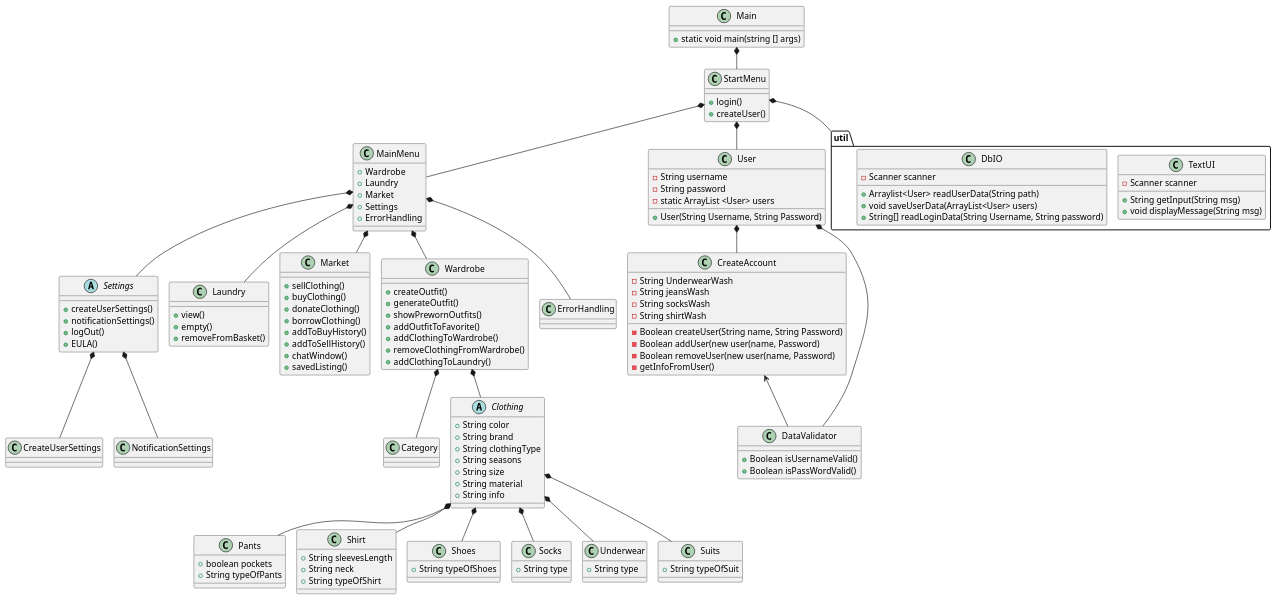
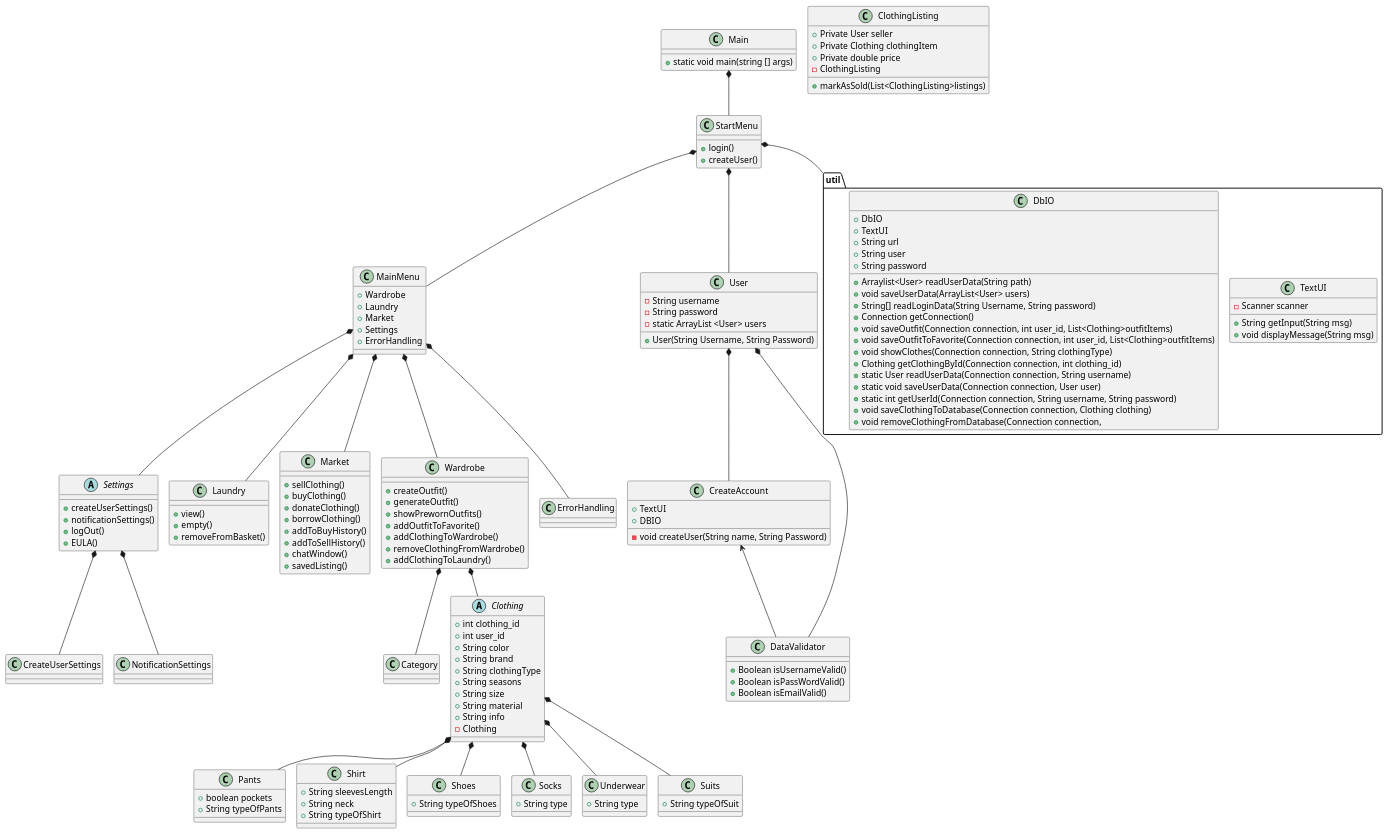
Before and after one commit to PatrickPlease/ICE-Please: the diagram in doc/static/ClassDiagram1.puml, drawn with PlantUML. The commit also changed 1 other file, not shown here.

```diff
--- a/doc/static/ClassDiagram1.puml
+++ b/doc/static/ClassDiagram1.puml
@@ -1,156 +1,175 @@
 @startuml
 'Domænemodellen giver nye entity klasser
 'Pakker, model og util
 !pragma layout smetana
 
 class Main
 class StartMenu
 class MainMenu
 
 class CreateAccount
 class User
 class DataValidator
 
 Abstract Settings
 
 class Laundry
 class Market
 class Wardrobe
 class ErrorHandling
 class Category
 
 class CreateUserSettings
 class NotificationSettings
 
 Abstract Clothing
 class Pants
 class Shirt
 class Shoes
 class Socks
 class Underwear
 class Suits
 
 package "util"{
        class TextUI
        class DbIO
        }
 Main *-- StartMenu
 StartMenu *-- MainMenu
 MainMenu *-- Settings
 MainMenu *-- Laundry
 MainMenu *-- Market
 MainMenu *-- Wardrobe
 MainMenu *-- ErrorHandling
 Wardrobe *-- Category
 
 User *-- DataValidator
 CreateAccount <-- DataValidator
 User *-- CreateAccount
 Settings *-- CreateUserSettings
 Settings *-- NotificationSettings
 Wardrobe *-- Clothing
 Clothing *-- Shoes
 Clothing *-- Shirt
 Clothing *-- Pants
 Clothing *-- Socks
 Clothing *-- Underwear
 Clothing *-- Suits
 
 StartMenu *-- util
 StartMenu *-- User
 
 StartMenu : + login()
 StartMenu : + createUser()
 
 MainMenu : + Wardrobe
 MainMenu : + Laundry
 MainMenu : + Market
 MainMenu : + Settings
 MainMenu : + ErrorHandling
 
+Clothing : + int clothing_id
+Clothing : + int user_id
 Clothing : + String color
 Clothing : + String brand
 Clothing : + String clothingType
 Clothing : + String seasons
 Clothing : + String size
 Clothing : + String material
 Clothing : + String info
+Clothing : - Clothing
+
+ClothingListing : + Private User seller
+ClothingListing : + Private Clothing clothingItem
+ClothingListing : + Private double price
+ClothingListing : - ClothingListing
+ClothingListing : + markAsSold(List<ClothingListing>listings)
 
 Shoes : + String typeOfShoes
 
 Shirt : + String sleevesLength
 Shirt : + String neck
 Shirt : + String typeOfShirt
 
 Suits : + String typeOfSuit
 
 Pants : + boolean pockets
 Pants : + String typeOfPants
 
 Socks : + String type
 
 Underwear : + String type
 
 Market : + sellClothing()
 Market : + buyClothing()
 Market : + donateClothing()
 Market : + borrowClothing()
 Market : + addToBuyHistory()
 Market : + addToSellHistory()
 Market : + chatWindow()
 Market : + savedListing()
 
 Wardrobe : + createOutfit()
 Wardrobe : + generateOutfit()
 Wardrobe : + showPrewornOutfits()
 Wardrobe : + addOutfitToFavorite()
 Wardrobe : + addClothingToWardrobe()
 Wardrobe : + removeClothingFromWardrobe()
 Wardrobe : + addClothingToLaundry()
 
 Settings : + createUserSettings()
 Settings : + notificationSettings()
 Settings : + logOut()
 Settings : + EULA()
 
 Laundry : + view()
 Laundry : + empty()
 Laundry : + removeFromBasket()
 
 
 Main : + static void main(string [] args)
 
 User : - String username
 User : - String password
 User : - static ArrayList <User> users
 
 
 User : + User(String Username, String Password)
 
 
 DataValidator : + Boolean isUsernameValid()
 DataValidator : + Boolean isPassWordValid()
+DataValidator : + Boolean isEmailValid()
 '-----------
 
-CreateAccount : - Boolean createUser(String name, String Password)
-CreateAccount : - Boolean addUser(new user(name, Password)
-CreateAccount : - Boolean removeUser(new user(name, Password)
-CreateAccount : - String UnderwearWash
-CreateAccount : - String jeansWash
-CreateAccount : - String socksWash
-CreateAccount : - String shirtWash
-CreateAccount : - getInfoFromUser()
-DbIO : - Scanner scanner
+CreateAccount : + TextUI
+CreateAccount : + DBIO
+CreateAccount : - void createUser(String name, String Password)
+
 
 '---_new-----
+DbIO : + DbIO
+DbIO : + TextUI
+DbIO : + String url
+DbIO : + String user
+DbIO : + String password
 DbIO : + Arraylist<User> readUserData(String path)
 DbIO : + void saveUserData(ArrayList<User> users)
 DbIO : + String[] readLoginData(String Username, String password)
-
+DbIO : + Connection getConnection()
+DbIO : + void saveOutfit(Connection connection, int user_id, List<Clothing>outfitItems)
+DbIO : + void saveOutfitToFavorite(Connection connection, int user_id, List<Clothing>outfitItems)
+DbIO : + void showClothes(Connection connection, String clothingType)
+DbIO : + Clothing getClothingById(Connection connection, int clothing_id)
+DbIO : + static User readUserData(Connection connection, String username)
+DbIO : + static void saveUserData(Connection connection, User user)
+DbIO : + static int getUserId(Connection connection, String username, String password)
+DbIO : + void saveClothingToDatabase(Connection connection, Clothing clothing)
+DbIO : + void removeClothingFromDatabase(Connection connection,
 '-----------
 
 TextUI : + String getInput(String msg)
 TextUI : - Scanner scanner
 TextUI : + void displayMessage(String msg)
 
 @enduml
```
